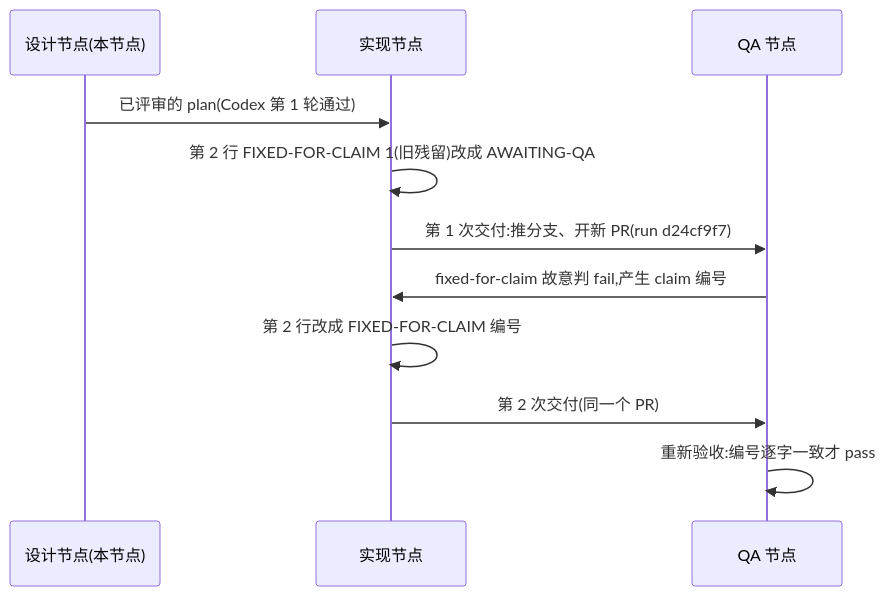
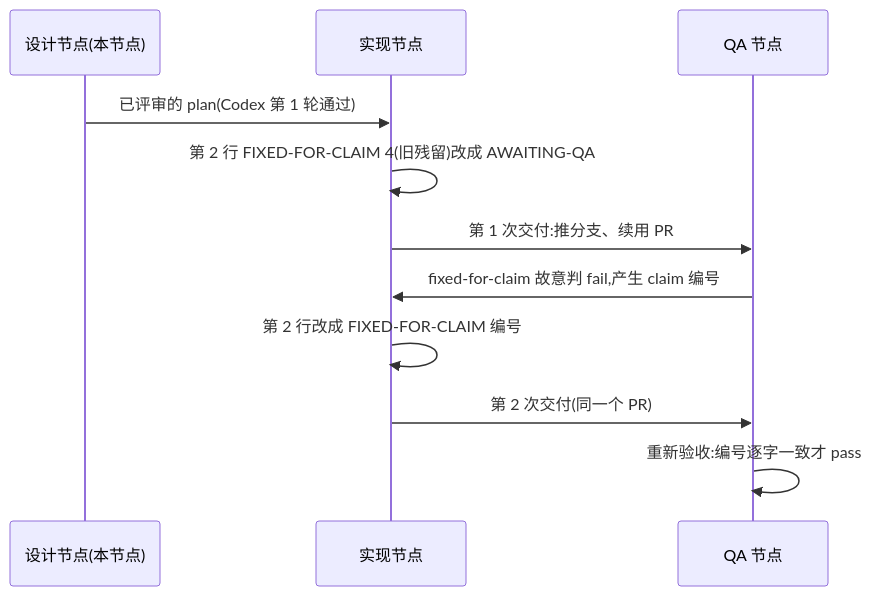
The diagram in engineering/doc/FLY-3226-real-runner-drill/d1-core-flow.mmd (xrliAnnie/flywheel-qa-sandbox), drawn with Mermaid before and after one commit. The commit also changed 2 other files, not shown here.

Commit message:
docs(qa-sbx): FLY-3226 design page for run 73d4b360

```diff
--- a/engineering/doc/FLY-3226-real-runner-drill/d1-core-flow.mmd
+++ b/engineering/doc/FLY-3226-real-runner-drill/d1-core-flow.mmd
@@ -1,11 +1,11 @@
 sequenceDiagram
     participant D as 设计节点(本节点)
     participant I as 实现节点
     participant Q as QA 节点
     D->>I: 已评审的 plan(Codex 第 1 轮通过)
-    I->>I: 第 2 行 FIXED-FOR-CLAIM 1(旧残留)改成 AWAITING-QA
-    I->>Q: 第 1 次交付:推分支、开新 PR(run d24cf9f7)
+    I->>I: 第 2 行 FIXED-FOR-CLAIM 4(旧残留)改成 AWAITING-QA
+    I->>Q: 第 1 次交付:推分支、续用 PR #619(run 73d4b360)
     Q->>I: fixed-for-claim 故意判 fail,产生 claim 编号
     I->>I: 第 2 行改成 FIXED-FOR-CLAIM 编号
     I->>Q: 第 2 次交付(同一个 PR)
     Q->>Q: 重新验收:编号逐字一致才 pass
```
